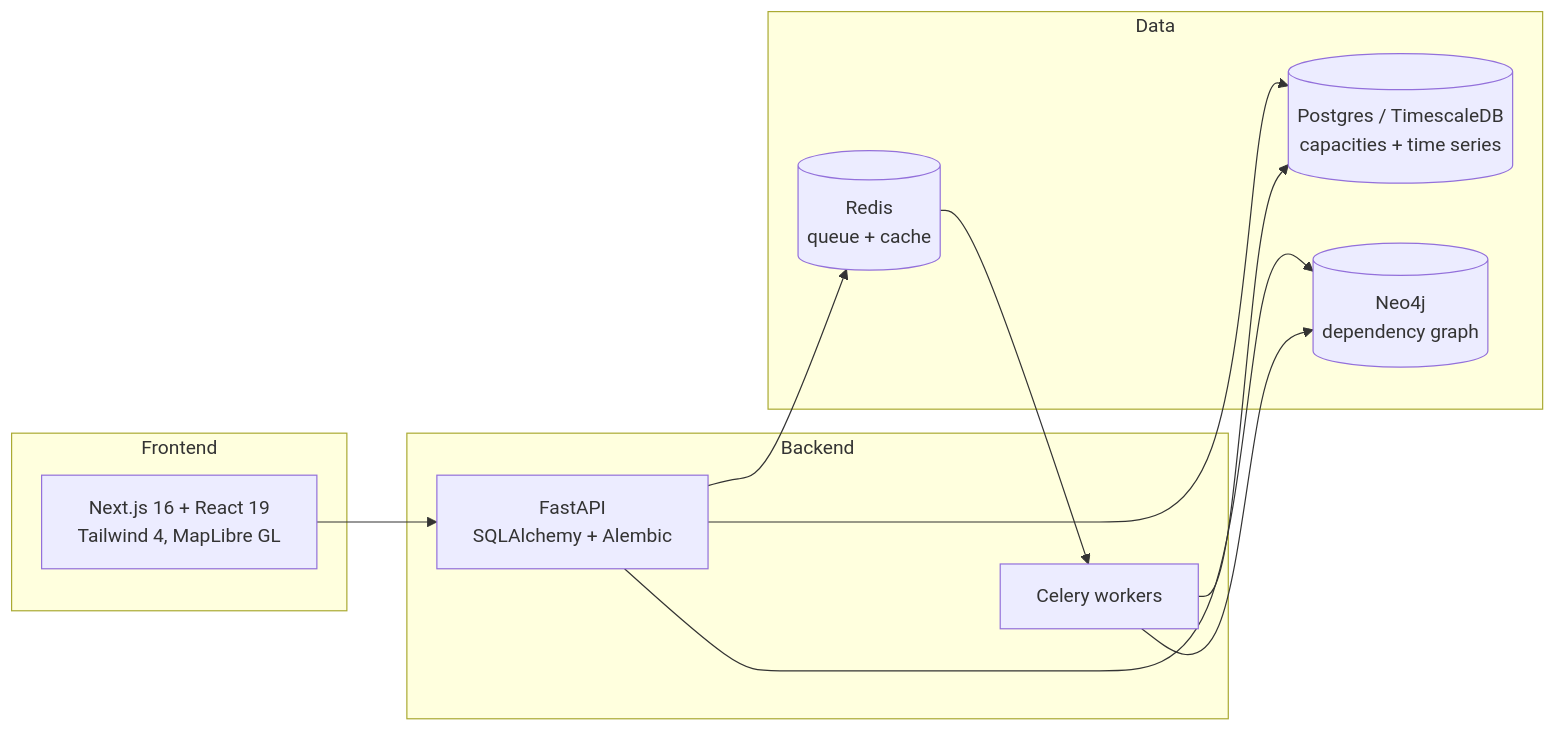
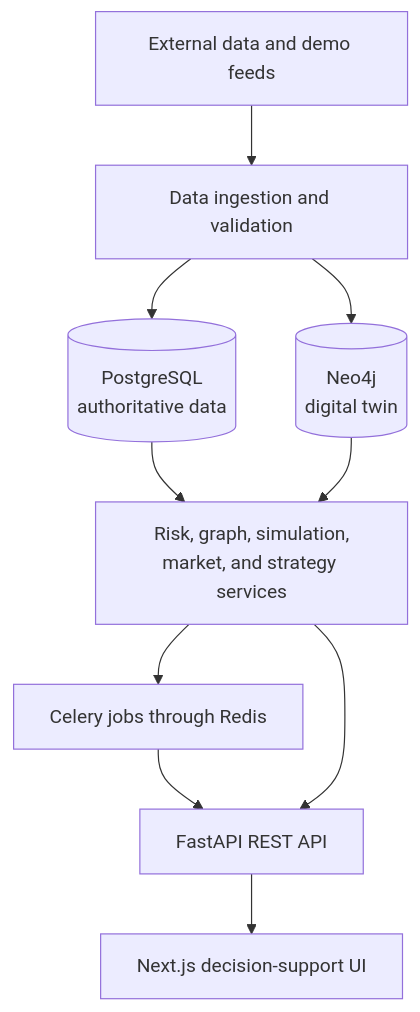
One commit to Tanish-kumar-Agarwal/GEAR-Global-Energy-Adaptive-Resilience changed the diagram in README.md. Above: the diagram before and after it, drawn with Mermaid. The commit also changed other lines of this file and 1 other file, not shown here.

````diff
--- a/README.md
+++ b/README.md
@@ -70,22 +56,21 @@
 ```mermaid
-flowchart LR
-    subgraph Frontend
-        WEB["Next.js 16 + React 19\nTailwind 4, MapLibre GL"]
-    end
-    subgraph Backend
-        API["FastAPI\nSQLAlchemy + Alembic"]
-        CEL["Celery workers"]
-    end
-    subgraph Data
-        PG[("Postgres / TimescaleDB\ncapacities + time series")]
-        NEO[("Neo4j\ndependency graph")]
-        RED[("Redis\nqueue + cache")]
-    end
-    WEB --> API
-    API --> PG
-    API --> NEO
-    API --> RED
-    RED --> CEL
-    CEL --> NEO
-    CEL --> PG
+flowchart TB
+    EXT["External data and demo feeds"]
+    ING["Data ingestion and validation"]
+    PG[("PostgreSQL\nauthoritative data")]
+    NEO[("Neo4j\ndigital twin")]
+    SVC["Risk, graph, simulation,\nmarket, and strategy services"]
+    CEL["Celery jobs through Redis"]
+    API["FastAPI REST API"]
+    WEB["Next.js decision-support UI"]
+
+    EXT --> ING
+    ING --> PG
+    ING --> NEO
+    PG --> SVC
+    NEO --> SVC
+    SVC --> CEL
+    CEL --> API
+    SVC --> API
+    API --> WEB
 ```
````
